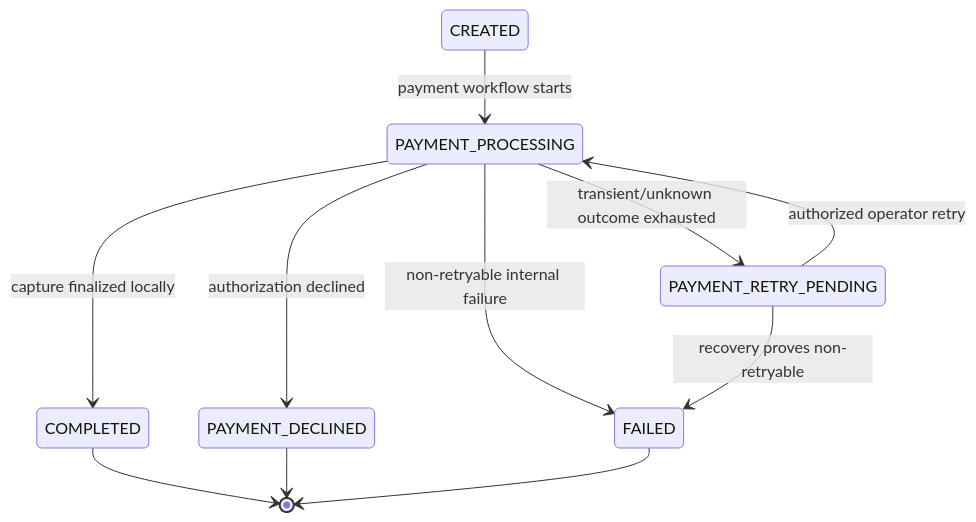
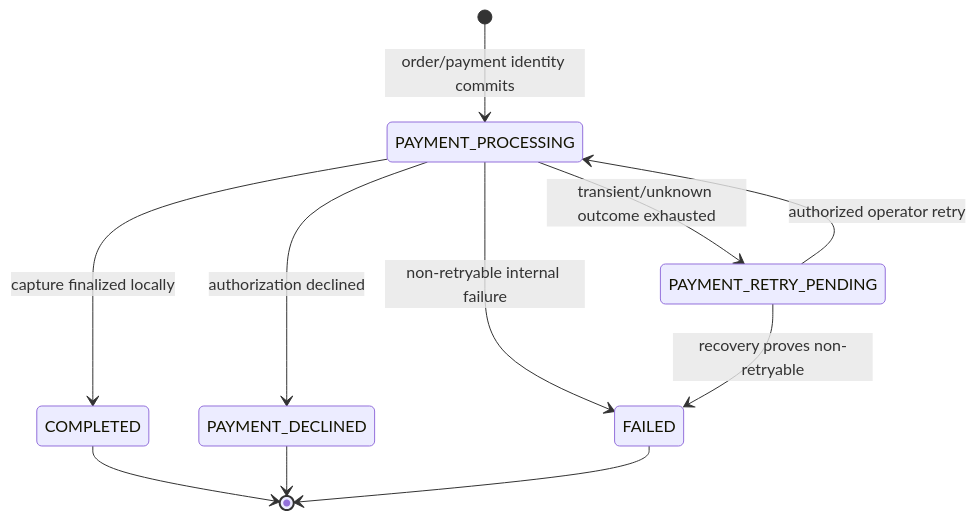
Before and after one commit to m3rcury02/ledgerflow: the first of 4 diagrams in docs/domain-model.md, drawn with Mermaid. The commit also changed other lines of this file and 54 other files, not shown here.

````diff
--- a/docs/domain-model.md
+++ b/docs/domain-model.md
@@ -62,13 +48,13 @@
 ```mermaid
 stateDiagram-v2
-    CREATED --> PAYMENT_PROCESSING: payment workflow starts
+    [*] --> PAYMENT_PROCESSING: order/payment identity commits
     PAYMENT_PROCESSING --> COMPLETED: capture finalized locally
     PAYMENT_PROCESSING --> PAYMENT_DECLINED: authorization declined
     PAYMENT_PROCESSING --> PAYMENT_RETRY_PENDING: transient/unknown outcome exhausted
     PAYMENT_PROCESSING --> FAILED: non-retryable internal failure
     PAYMENT_RETRY_PENDING --> PAYMENT_PROCESSING: authorized operator retry
     PAYMENT_RETRY_PENDING --> FAILED: recovery proves non-retryable
     COMPLETED --> [*]
     PAYMENT_DECLINED --> [*]
     FAILED --> [*]
 ```
````
